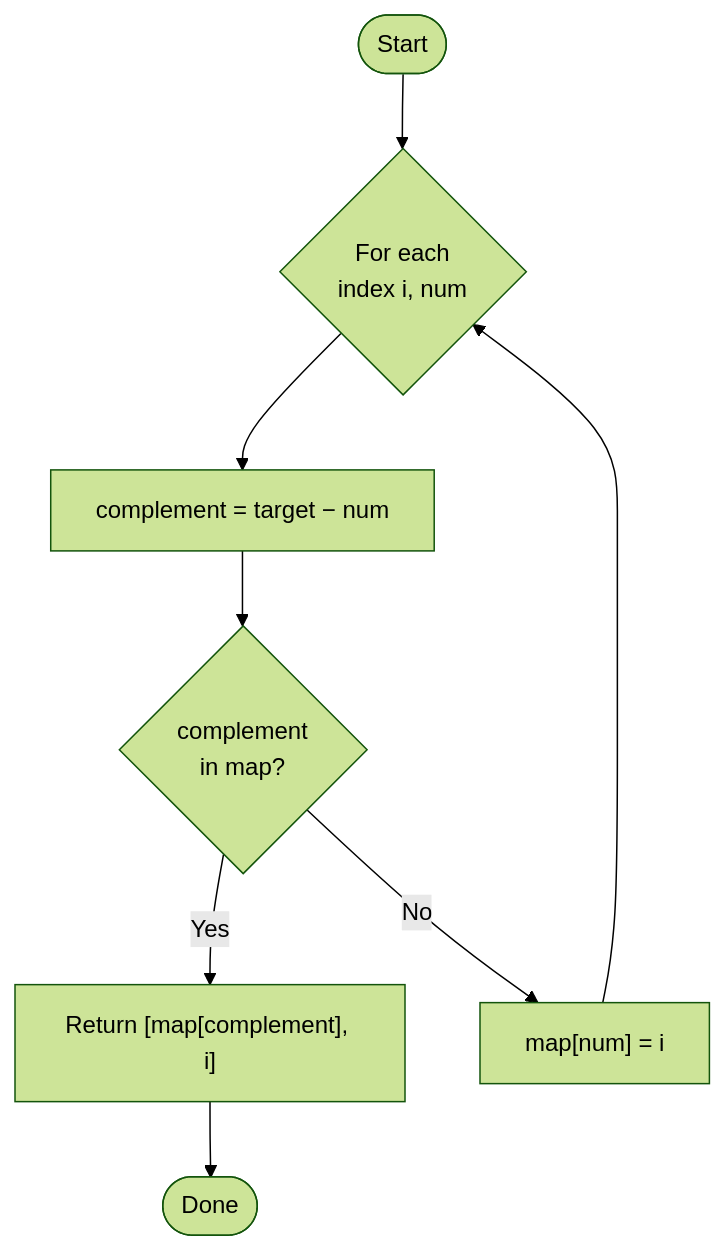
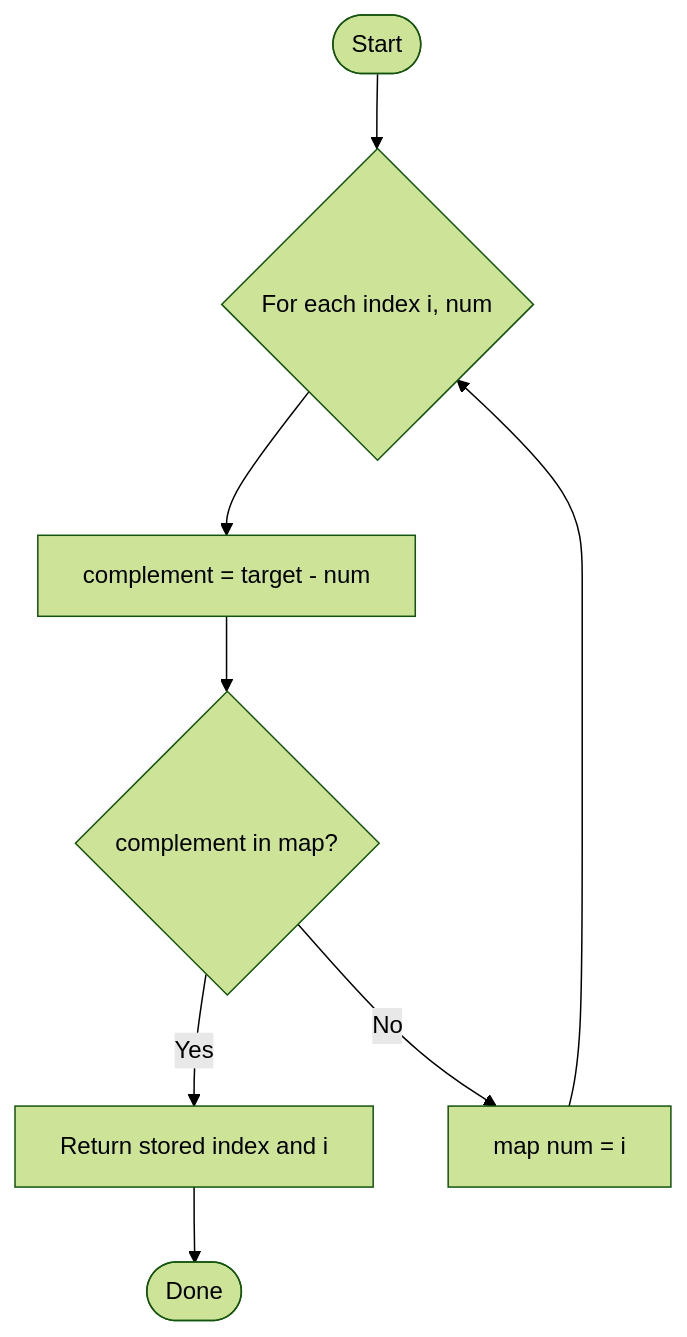
One commit to Patel7120/dsa-journal changed the second of 4 diagrams in python/arrays/two_sum/README.md. Above: the diagram before and after it, drawn with Mermaid (forest theme). The commit also changed other lines of this file and 1 other file, not shown here.

````diff
--- a/python/arrays/two_sum/README.md
+++ b/python/arrays/two_sum/README.md
@@ -103,10 +103,10 @@
 ```mermaid
 flowchart TD
-    Start([Start]) --> Loop{For each<br/>index i, num}
-    Loop --> Calc["complement = target − num"]
-    Calc --> Check{complement<br/>in map?}
-    Check -->|Yes| Return["Return [map[complement], i]"]
-    Check -->|No| Store["map[num] = i"]
+    Start([Start]) --> Loop{"For each index i, num"}
+    Loop --> Calc["complement = target - num"]
+    Calc --> Check{"complement in map?"}
+    Check -->|Yes| Return["Return stored index and i"]
+    Check -->|No| Store["map num = i"]
     Store --> Loop
     Return --> Done([Done])
 ```
````
